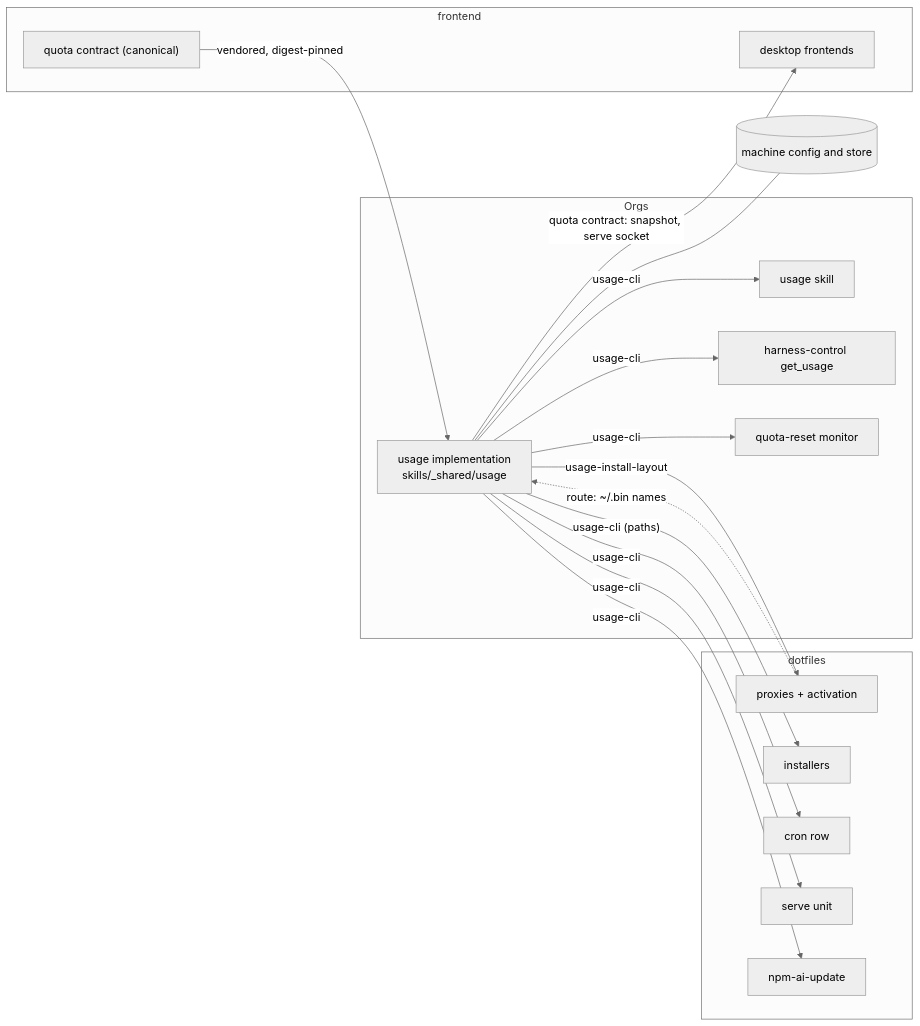
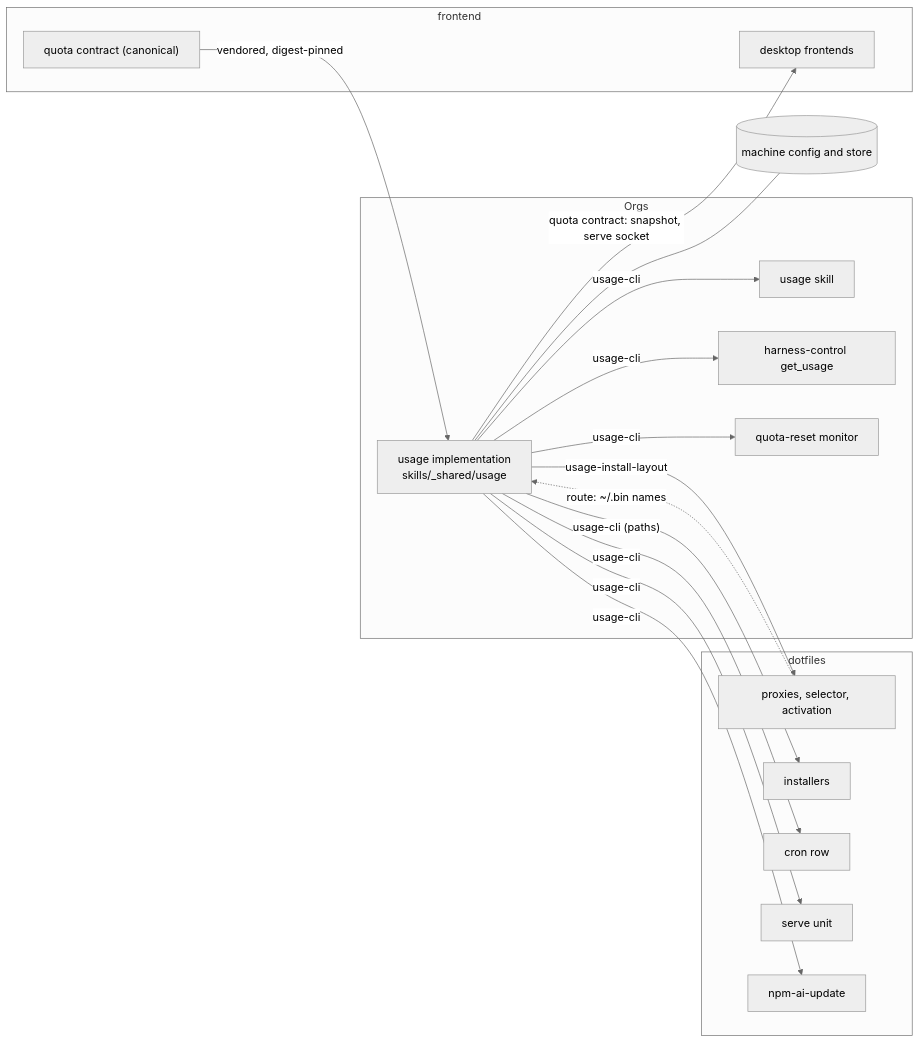
One commit to tedks/orgs changed the diagram in docs/specs/usage-tooling-migration.md. Above: the diagram before and after it, drawn with Mermaid (neutral theme). The commit also changed other lines of this file and 2 other files, not shown here.

First line of the commit message:
Spec: single selector switch point and audit on every push

````diff
--- a/docs/specs/usage-tooling-migration.md
+++ b/docs/specs/usage-tooling-migration.md
@@ -147,33 +173,33 @@
 ```mermaid
 graph LR
   subgraph Orgs
     IMPL["usage implementation<br/>skills/_shared/usage"]
     SK["usage skill"]
     HC["harness-control get_usage"]
     QR["quota-reset monitor"]
   end
   subgraph dotfiles
-    PX["proxies + activation"]
+    PX["proxies, selector, activation"]
     INST["installers"]
     CRON["cron row"]
     UNIT["serve unit"]
     NPM["npm-ai-update"]
   end
   subgraph frontend
     CT["quota contract (canonical)"]
     FE["desktop frontends"]
   end
   STORE[("machine config and store")]
   IMPL -- "usage-cli" --> SK
   IMPL -- "usage-cli" --> HC
   IMPL -- "usage-cli" --> QR
   IMPL -- "usage-cli" --> NPM
   IMPL -- "usage-cli" --> CRON
   IMPL -- "usage-cli" --> UNIT
   IMPL -- "usage-cli (paths)" --> INST
   IMPL -- "quota contract: snapshot, serve socket" --> FE
   CT -- "vendored, digest-pinned" --> IMPL
   IMPL -- "usage-install-layout" --> PX
   PX -. "route: ~/.bin names" .-> IMPL
   IMPL --- STORE
 ```
````
